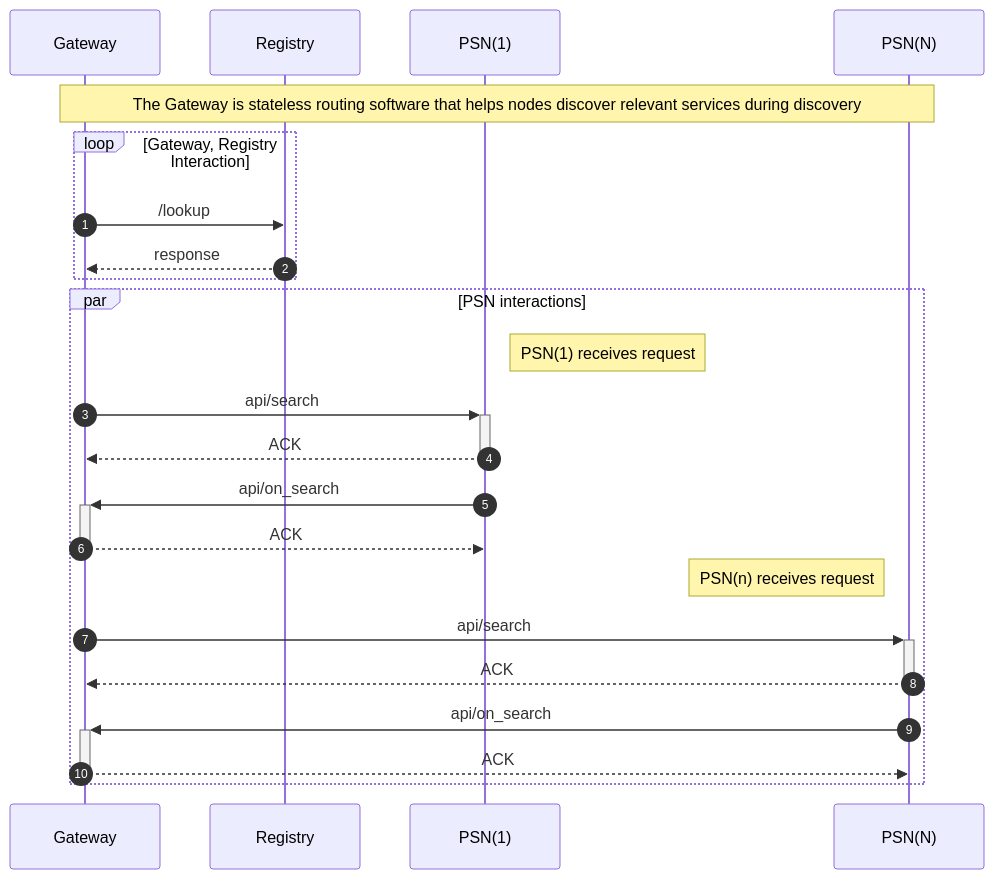
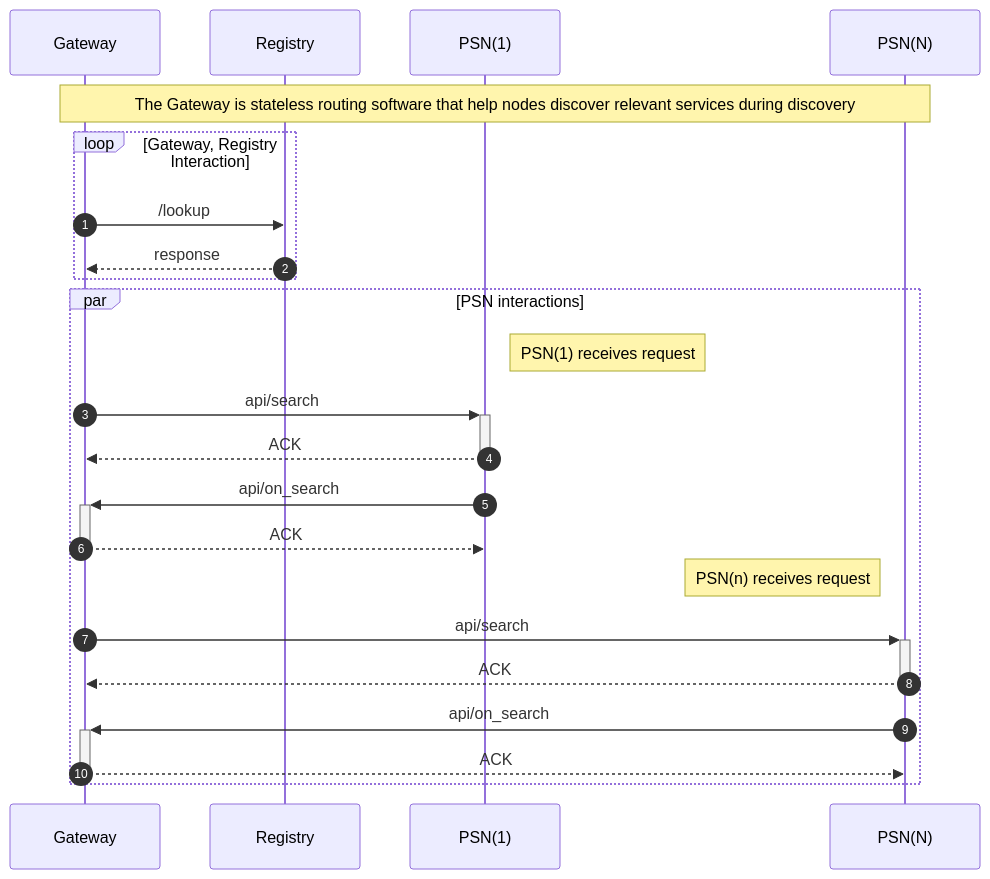
Before and after one commit to Palette-Labs-Inc/protocol: the first of 13 diagrams in docs/OVERVIEW.md, drawn with Mermaid. The commit also changed other lines of this file, not shown here.

````diff
--- a/docs/OVERVIEW.md
+++ b/docs/OVERVIEW.md
@@ -31,28 +31,28 @@
  ```mermaid
 sequenceDiagram
     autonumber
     participant Gateway
     participant REGISTRY as Registry
     participant PSN1 as PSN(1)
     participant PSNn as PSN(N)
 
-    Note over Gateway, PSNn: The Gateway is stateless routing software that helps nodes discover relevant services during discovery
+    Note over Gateway, PSNn: The Gateway is stateless routing software that help nodes discover relevant services during discovery
     loop Gateway, Registry Interaction
     Gateway->>REGISTRY: /lookup
     REGISTRY-->>Gateway: response
     end 
 
     par PSN interactions
         Note right of PSN1: PSN(1) receives request
         Gateway->>+PSN1: api/search
         PSN1-->>-Gateway: ACK
         PSN1->>+Gateway: api/on_search
         Gateway-->>-PSN1: ACK
 
         Note left of PSNn: PSN(n) receives request
         Gateway->>+PSNn: api/search
         PSNn-->>-Gateway: ACK
         PSNn->>+Gateway: api/on_search
         Gateway-->>-PSNn: ACK
     end
  ```
````
